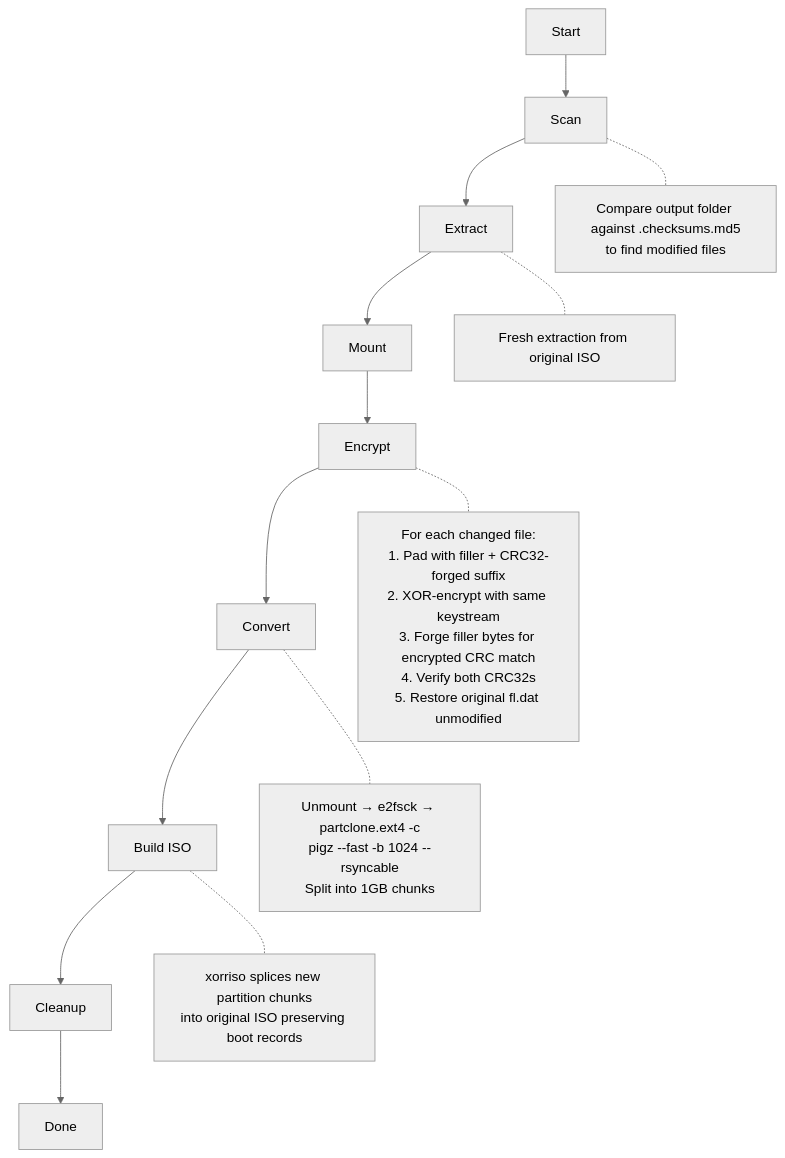
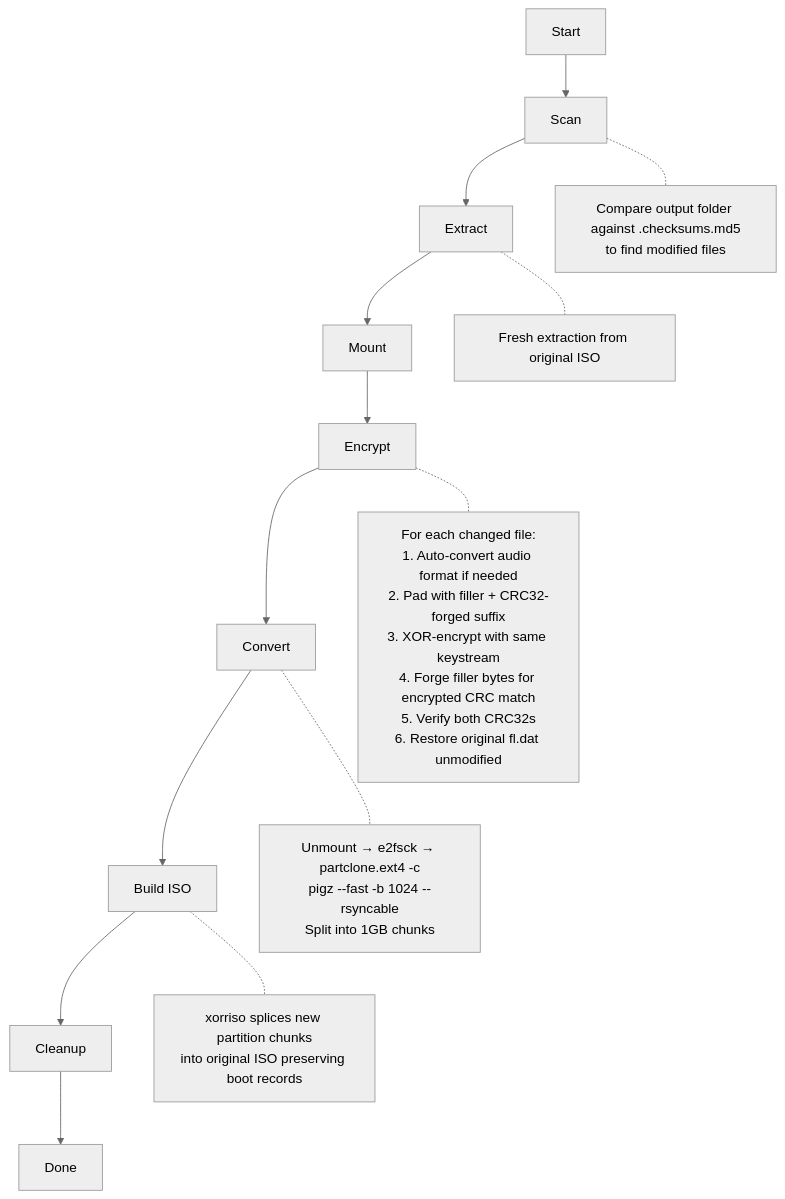
The third of 3 diagrams in README.md (crobby/jjp-decryptor), drawn with Mermaid (neutral theme) before and after one commit. The commit also changed other lines of this file and 2 other files, not shown here.

````diff
--- a/README.md
+++ b/README.md
@@ -273,17 +273,17 @@
 ```mermaid
 flowchart TD
     A[Start] --> B[Scan]
     B --> C[Extract]
     C --> D[Mount]
     D --> E[Encrypt]
     E --> F[Convert]
     F --> G[Build ISO]
     G --> H[Cleanup]
     H --> I[Done]
 
     B -.- B1["Compare output folder against .checksums.md5\nto find modified files"]
     C -.- C1["Fresh extraction from original ISO"]
-    E -.- E1["For each changed file:\n1. Pad with filler + CRC32-forged suffix\n2. XOR-encrypt with same keystream\n3. Forge filler bytes for encrypted CRC match\n4. Verify both CRC32s\n5. Restore original fl.dat unmodified"]
+    E -.- E1["For each changed file:\n1. Auto-convert audio format if needed\n2. Pad with filler + CRC32-forged suffix\n3. XOR-encrypt with same keystream\n4. Forge filler bytes for encrypted CRC match\n5. Verify both CRC32s\n6. Restore original fl.dat unmodified"]
     F -.- F1["Unmount → e2fsck → partclone.ext4 -c\npigz --fast -b 1024 --rsyncable\nSplit into 1GB chunks"]
     G -.- G1["xorriso splices new partition chunks\ninto original ISO preserving boot records"]
 ```
````
